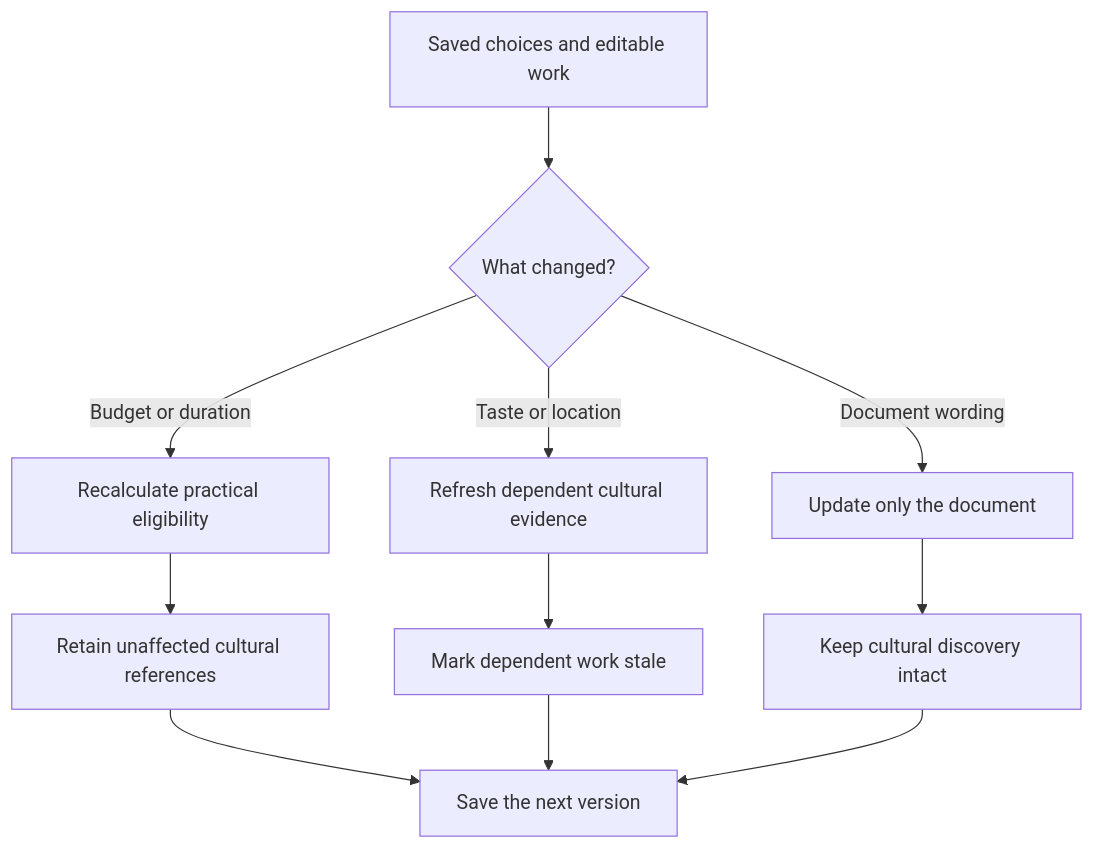
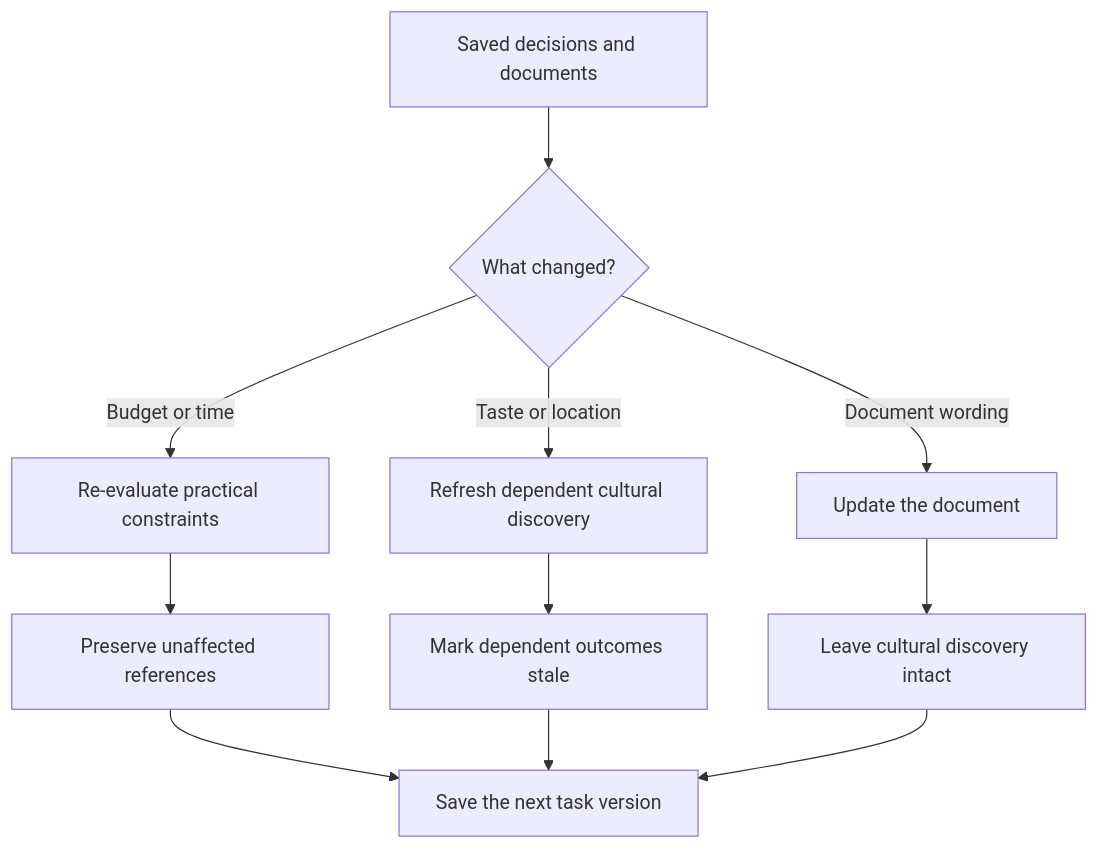
Before and after one commit to Davemafy/ighor: the third of 3 diagrams in README.md, drawn with Mermaid. The commit also changed other lines of this file and 1 other file, not shown here.

Commit message:
docs: lead Igor README with linked launch video and scannable architecture

````diff
--- a/README.md
+++ b/README.md
@@ -194,13 +135,13 @@
 ```mermaid
 flowchart TD
-    A["Saved choices and editable work"] --> B{"What changed?"}
-    B -->|Budget or duration| C["Recalculate practical eligibility"]
-    B -->|Taste or location| D["Refresh dependent cultural evidence"]
-    B -->|Document wording| E["Update only the document"]
-    C --> F["Retain unaffected cultural references"]
-    D --> G["Mark dependent work stale"]
-    E --> H["Keep cultural discovery intact"]
-    F --> I["Save the next version"]
+    A["Saved decisions and documents"] --> B{"What changed?"}
+    B -->|"Budget or time"| C["Re-evaluate practical constraints"]
+    B -->|"Taste or location"| D["Refresh dependent cultural discovery"]
+    B -->|"Document wording"| E["Update the document"]
+    C --> F["Preserve unaffected references"]
+    D --> G["Mark dependent outcomes stale"]
+    E --> H["Leave cultural discovery intact"]
+    F --> I["Save the next task version"]
     G --> I
     H --> I
 ```
````
